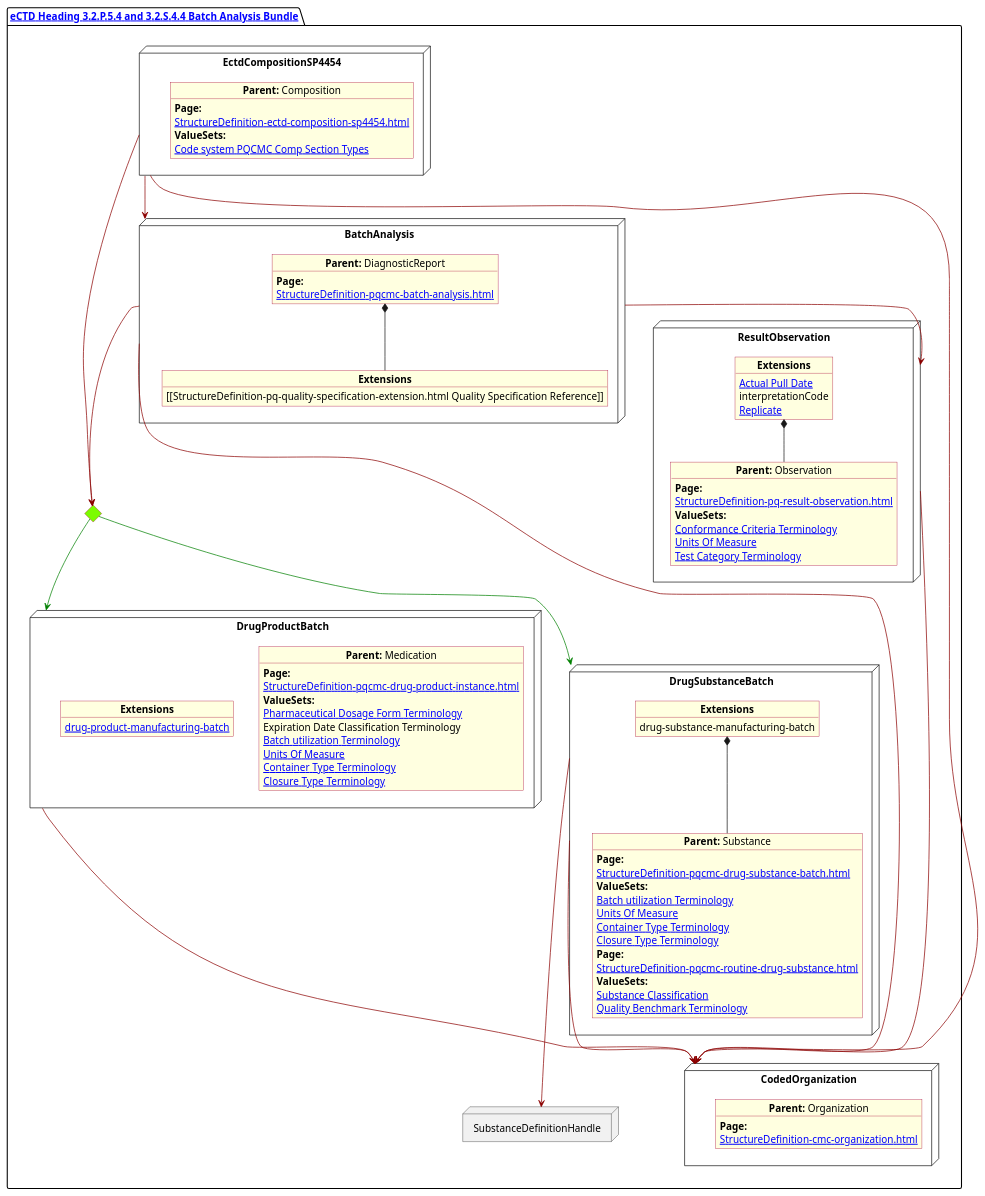
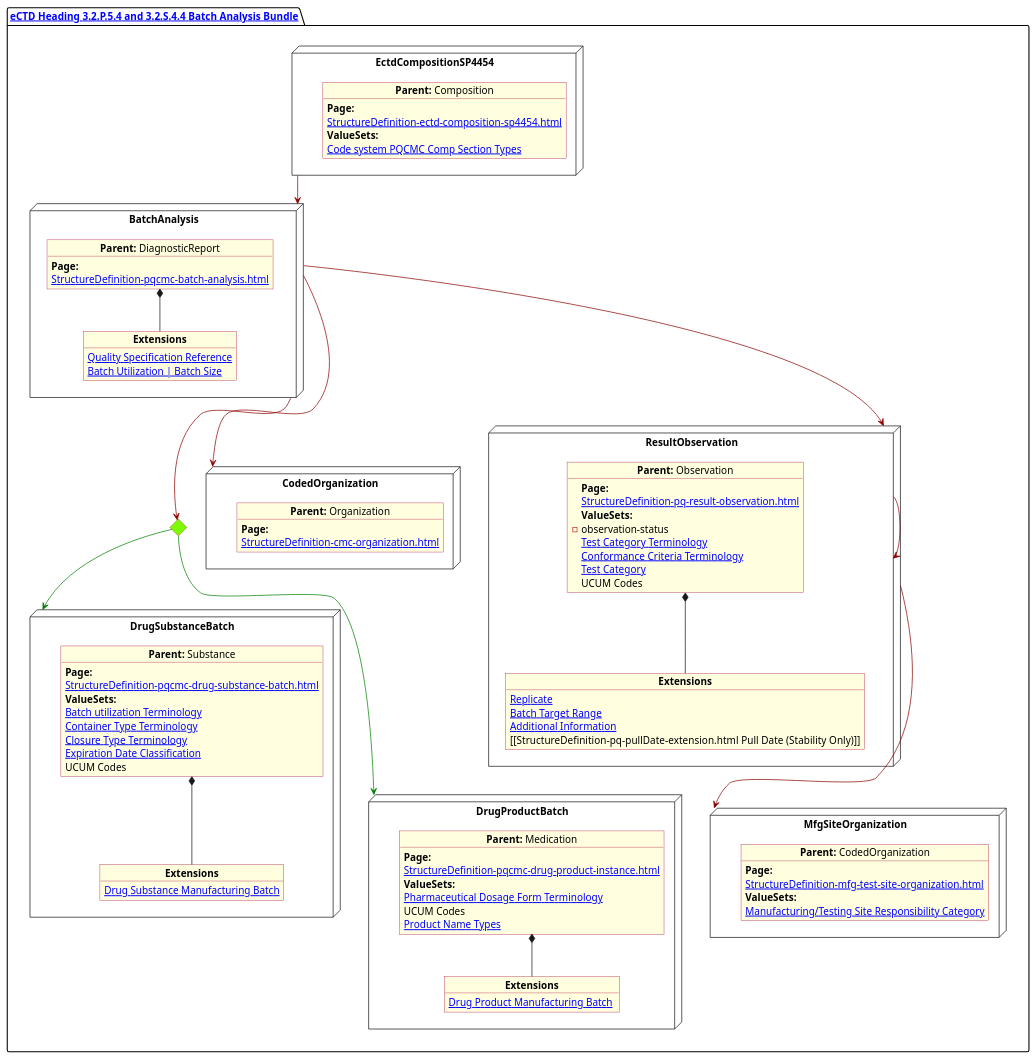
Before and after one commit to HL7/FHIR-us-pq-cmc-fda: the diagram in input/images-source/BatchAnalysis.plantuml, drawn with PlantUML. The commit also changed 8 other files, not shown here.

Commit message:
Added diagram of batch analysis and removed  all Hyperlink old value set

```diff
--- a/input/images-source/BatchAnalysis.plantuml
+++ b/input/images-source/BatchAnalysis.plantuml
@@ -1,131 +1,128 @@
 @startuml BatchAnalysis
 allowmixing
 'Mixed model of use case and object
 skinparam svgDimensionStyle false
 skinparam ObjectBackgroundColor LightYellow
 skinparam ObjectBorderColor #A80036
 skinparam activityDiamondBorderColor #A80036
 skinparam activityDiamondBackgroundColor lawnGreen
 skinparam ClassBorderThickness 4
 
 
 package "[[StructureDefinition-cmc-ectd-document-sp4454.html eCTD Heading 3.2.P.5.4 and 3.2.S.4.4 Batch Analysis Bundle]]" as NODES {
-  
-  node "DrugProductBatch" as NN {
-
-    object "**Parent:** Medication" as obj3 {
-      **Page:**
-      [[StructureDefinition-pqcmc-drug-product-instance.html]]
-      **ValueSets:**
-      [[ValueSet-spl-pharmaceutical-dosage-form-terminology.html Pharmaceutical Dosage Form Terminology]]
-      Expiration Date Classification Terminology
-      [[ValueSet-pqcmc-batch-utilization-terminology.html Batch utilization Terminology]]
-      [[ValueSet-pqcmc-units-of-measure.html Units Of Measure]]
-      [[ValueSet-pqcmc-container-type-terminology.html Container Type Terminology]]
-      [[ValueSet-pqcmc-closure-type-terminology.html Closure Type Terminology]]
-
-    }
-
-    object "**Extensions**" as objExsBatch  {
-      [[StructureDefinition-drug-product-manufacturing-batch.html drug-product-manufacturing-batch]]
-    }
-   
-  }
-  node "BatchAnalysis" as N2 {
-
-
-    object "**Parent:** DiagnosticReport" as obj2 {
-      **Page:**
-      [[StructureDefinition-pqcmc-batch-analysis.html]]
-    }
-    object "**Extensions**" as objQSEx {
-      [[StructureDefinition-pq-quality-specification-extension.html  Quality Specification Reference]]
-
-    }
-    obj2 *-- objQSEx
-  }
-  node "CodedOrganization" as NSO {
-
-    object "**Parent:** Organization" as objAu {
-      **Page:**
-      [[StructureDefinition-cmc-organization.html]]
-      
-    }
-  }
-  diamond CH
-
-  node "DrugSubstanceBatch" as NNS {
-
-    object "**Parent:** Substance" as obj4 {
-      **Page:**
-      [[StructureDefinition-pqcmc-drug-substance-batch.html]]
-      **ValueSets:**
-      [[ValueSet-pqcmc-batch-utilization-terminology.html Batch utilization Terminology]]
-      [[ValueSet-pqcmc-units-of-measure.html Units Of Measure]]
-      [[ValueSet-pqcmc-container-type-terminology.html Container Type Terminology]]
-      [[ValueSet-pqcmc-closure-type-terminology.html Closure Type Terminology]]
-    }
-    object "**Extensions**" as objExs2 {
- drug-substance-manufacturing-batch
-    }
-
-    objExs2 *-- obj4
-  }
-
-    node "SubstanceDefinitionHandle" as NNSH {
-
-    object "**Parent:** SubstanceDefinition" as obj4 {
-      **Page:**
-      [[StructureDefinition-pqcmc-routine-drug-substance.html]]
-      **ValueSets:**
-      [[ValueSet-substance-classification.html Substance Classification]]
-      [[ValueSet-pqcmc-quality-benchmark-terminology.html Quality Benchmark Terminology]]
-    }
-
-  }
-
-  node "ResultObservation" as NNOBS {
-
-    object "**Parent:** Observation" as observ3 {
-      **Page:**
-      [[StructureDefinition-pq-result-observation.html]]
-      **ValueSets:**
-      [[ValueSet-pqcmc-conformance-to-criteria-terminology.html Conformance Criteria Terminology]]
-      [[ValueSet-pqcmc-units-of-measure.html Units Of Measure]]
-      [[ValueSet-pqcmc-test-category-terminology.html Test Category Terminology]]
-    }
-    object "**Extensions**" as objExsObserv  {
-      [[StructureDefinition-pq-pullDate-extension.html Actual Pull Date]]
-      interpretationCode
-      [[StructureDefinition-pq-replicate-extension.html Replicate]]
-    }
-    objExsObserv *-- observ3
-  }
-
 
   node "EctdCompositionSP4454" as N1 {
-
     object "**Parent:** Composition" as obj1 {
       **Page:**
       [[StructureDefinition-ectd-composition-sp4454.html]]
+
       **ValueSets:**
       [[ValueSet-cmc-comp-section-types-vs.html Code system PQCMC Comp Section Types]]
     }
   }
 
+  node "BatchAnalysis" as  BatchAnalysis {
+    object "**Parent:** DiagnosticReport" as obj2 {
+      **Page:**
+      [[StructureDefinition-pqcmc-batch-analysis.html]]
+    }
+    object "**Extensions**" as  obj2Ex {
+      [[StructureDefinition-pq-quality-specification-extension.html Quality Specification Reference]]
+      [[StructureDefinition-drug-product-manufacturing-batch.html Batch Utilization | Batch Size ]]
+    }
+    obj2 *-- obj2Ex
+  }
 
-  N1 -[#darkred]-> CH
-  N1 -[#darkred]--> N2
-  N1 -[#darkred]--> NSO
-  CH -[#green]-> NNS
-  CH -[#green]-> NN
-  NNS -[#darkred]--> NSO
-  NNS -[#darkred]-->NNSH
-  NN -[#darkred]--> NSO
-  N2 -[#darkred]--> CH
-  N2 -[#darkred]--> NSO
-  N2 -[#darkred]-> NNOBS
-  NNOBS -[#darkred]--> NSO
+  node "CodedOrganization" as CodedOrganization {
 
+    object "**Parent:** Organization" as objAu {
+      **Page:**
+      [[StructureDefinition-cmc-organization.html]]
+    }
+  }
+
+  node "DrugProductBatch" as DrugProductBatch {
+    object "**Parent:** Medication" as obj3 {
+      **Page:**
+      [[StructureDefinition-pqcmc-drug-product-instance.html]]
+
+      **ValueSets:**
+      [[ValueSet-spl-pharmaceutical-dosage-form-terminology.html Pharmaceutical Dosage Form Terminology]]
+      UCUM Codes
+      [[ValueSet-cmc-product-name-types-vs.html Product Name Types]]
+    }
+
+    object "**Extensions**" as  objExsBatch {
+
+      [[StructureDefinition-drug-product-manufacturing-batch.html Drug Product Manufacturing Batch ]]
+    }
+    obj3 *-- objExsBatch
+  }
+
+
+  node "DrugSubstanceBatch" as DrugSubstanceBatch {
+
+    object "**Parent:** Substance" as obj4 {
+      **Page:**
+      [[StructureDefinition-pqcmc-drug-substance-batch.html]]
+
+      **ValueSets:**
+      [[ValueSet-pqcmc-batch-utilization-terminology.html Batch utilization Terminology]]
+      [[ValueSet-pqcmc-container-type-terminology.html Container Type Terminology]]
+      [[ValueSet-pqcmc-closure-type-terminology.html Closure Type Terminology]]
+      [[ValueSet-pqcmc-expiration-date-classification-terminology.html Expiration Date Classification]]
+      UCUM Codes
+    }
+    object "**Extensions**" as objXDs {
+
+      [[StructureDefinition-drug-substance-manufacturing-batch.html Drug Substance Manufacturing Batch]]
+    }
+    obj4 *-- objXDs
+  }
+
+  node "MfgSiteOrganization" as  MfgSiteOrganization {
+    object "**Parent:** CodedOrganization" as obj5 {
+      **Page:**
+      [[StructureDefinition-mfg-test-site-organization.html]]
+
+      **ValueSets:**
+      [[ValueSet-pqcmc-mfg-testing-site-terminology.html Manufacturing/Testing Site Responsibility Category]]
+    }
+  }
+
+  node "ResultObservation" as ResultObservation  {
+
+    object "**Parent:** Observation" as obj6 {
+      **Page:**
+      [[StructureDefinition-pq-result-observation.html]]
+
+      **ValueSets:**
+      - observation-status
+      [[ValueSet-pqcmc-test-category-terminology.html Test Category Terminology]]
+      [[ValueSet-pqcmc-conformance-to-criteria-terminology.html Conformance Criteria Terminology]]
+      [[ValueSet-pqcmc-test-category-terminology.html Test Category]]
+      UCUM Codes
+    }
+
+    object "**Extensions**" as objXObs {
+      [[StructureDefinition-pq-replicate-extension.html Replicate]]
+      [[StructureDefinition-pq-batch-range.html Batch Target Range]]
+      [[StructureDefinition-pq-additional-info-extension.html Additional Information]]
+      [[StructureDefinition-pq-pullDate-extension.html  Pull Date (Stability Only)]]
+    }
+    obj6 *-- objXObs
+  }
+
+  diamond CH
+
+
+  BatchAnalysis -[#darkred]--> CodedOrganization
+  BatchAnalysis -[#darkred]--> ResultObservation
+  BatchAnalysis -[#darkred]--> CH
+  CH -[#green]--> DrugProductBatch
+  CH -[#green]-> DrugSubstanceBatch
+  ResultObservation -[#darkred]--> MfgSiteOrganization
+  ResultObservation -[#darkred]-> ResultObservation
+  N1 -[#darkred]-> BatchAnalysis
 }
 @enduml
```
